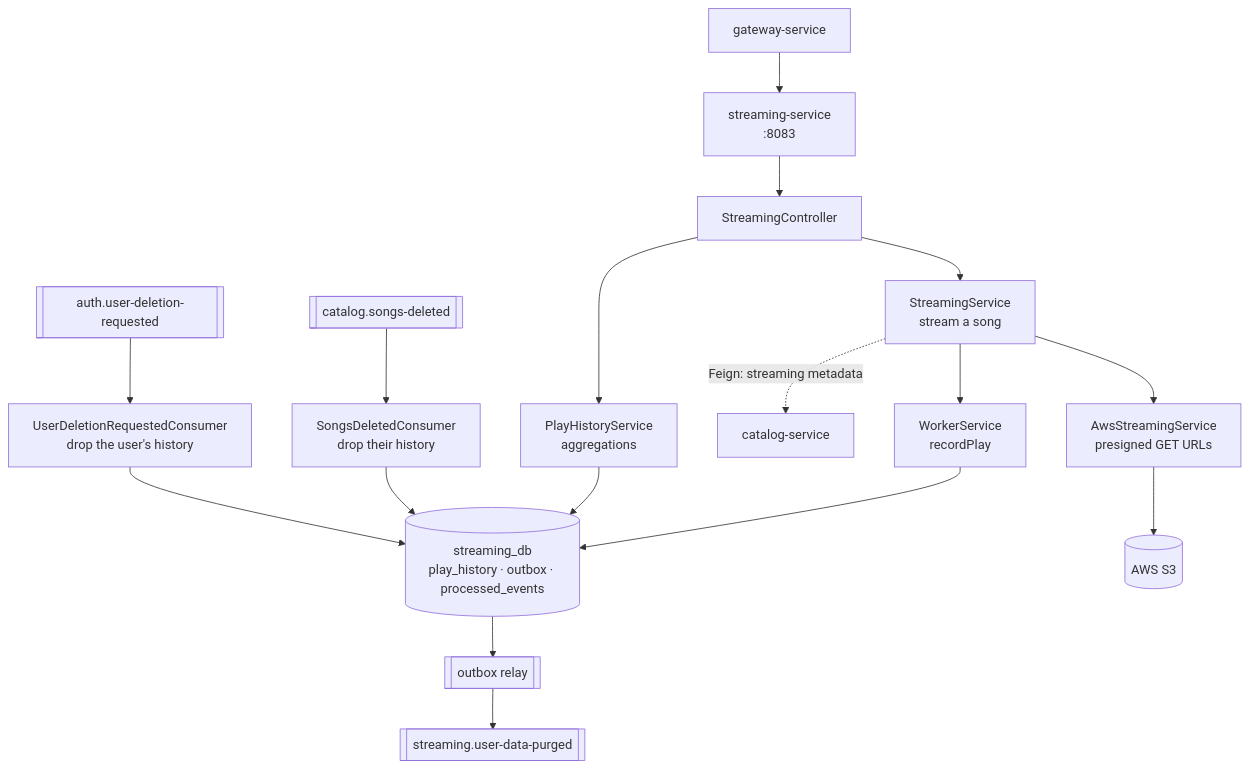
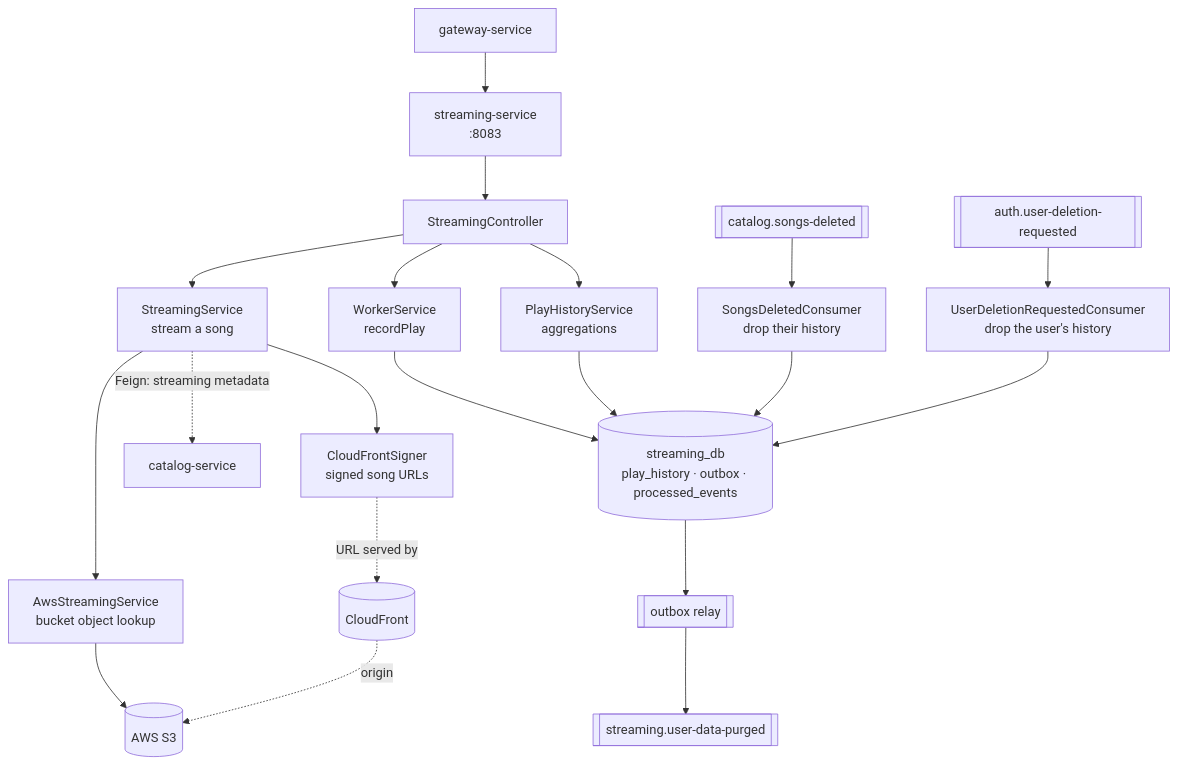
Before and after one commit to harshithrao07/cadence: the first of 3 diagrams in streaming-service/README.md, drawn with Mermaid. The commit also changed other lines of this file and 17 other files, not shown here.

First line of the commit message:
feat: stream songs via CloudFront signed URLs and preload the next song

````diff
--- a/streaming-service/README.md
+++ b/streaming-service/README.md
@@ -14,18 +14,20 @@
 ```mermaid
 flowchart TB
     gw[gateway-service] --> streaming[streaming-service<br/>:8083]
 
     streaming --> sc[StreamingController]
     sc --> ss[StreamingService<br/>stream a song]
     sc --> phs[PlayHistoryService<br/>aggregations]
-    ss --> ws[WorkerService<br/>recordPlay]
-    ss --> ass[AwsStreamingService<br/>presigned GET URLs]
+    sc --> ws[WorkerService<br/>recordPlay]
+    ss --> ass[AwsStreamingService<br/>bucket object lookup]
+    ss --> cfs[CloudFrontSigner<br/>signed song URLs]
 
     ss -.->|Feign: streaming metadata| catalog[catalog-service]
     ws & phs --> db[(streaming_db<br/>play_history · outbox · processed_events)]
     ass --> s3[(AWS S3)]
+    cfs -.->|URL served by| cf[(CloudFront)] -.->|origin| s3
 
     in1[[catalog.songs-deleted]] --> sd[SongsDeletedConsumer<br/>drop their history] --> db
     in2[[auth.user-deletion-requested]] --> purge[UserDeletionRequestedConsumer<br/>drop the user's history] --> db
     db --> relay[[outbox relay]] --> out1[[streaming.user-data-purged]]
 ```
````
